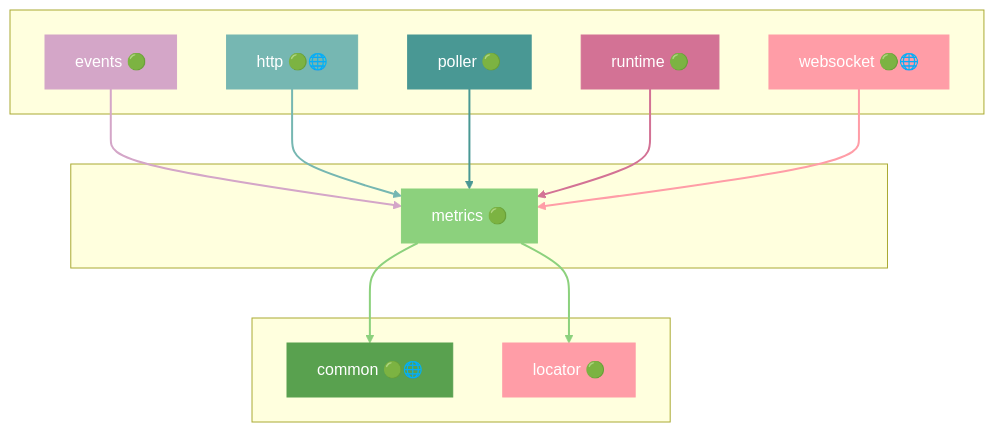
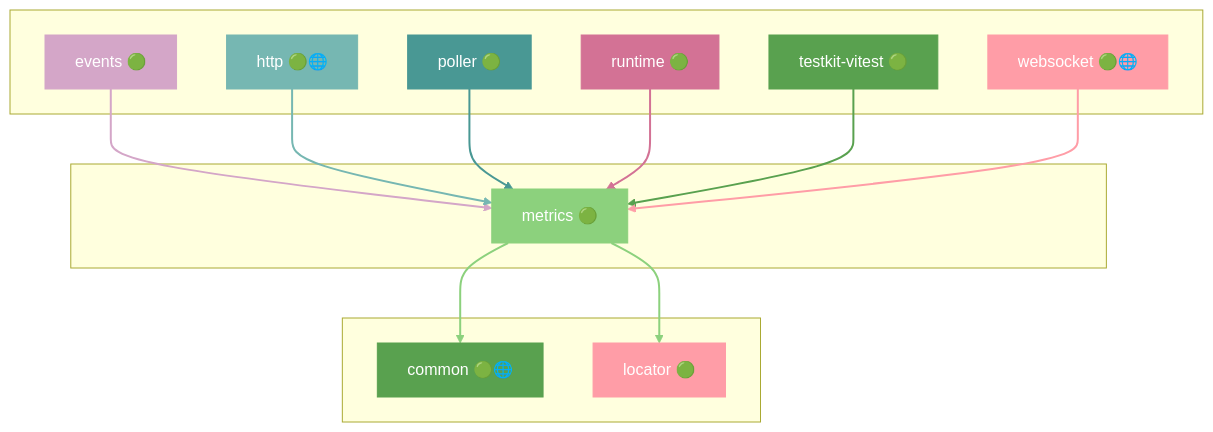
Diagram 31 of 45 in docs/DEPENDENCIES.md (grest-ts/grest-ts), drawn with Mermaid before and after one commit. The commit also changed other lines of this file and 22 other files, not shown here.

````diff
--- a/docs/DEPENDENCIES.md
+++ b/docs/DEPENDENCIES.md
@@ -1515,39 +1565,43 @@
 ```mermaid
 flowchart TB
     subgraph Dependents[" "]
         events["events 🟢"]
         http["http 🟢🌐"]
         poller["poller 🟢"]
         runtime["runtime 🟢"]
+        testkit-vitest["testkit-vitest 🟢"]
         websocket["websocket 🟢🌐"]
     end
     subgraph Package[" "]
         metrics["metrics 🟢"]
     end
     subgraph Dependencies[" "]
         common["common 🟢🌐"]
         locator["locator 🟢"]
     end
     events --> metrics
     http --> metrics
     poller --> metrics
     runtime --> metrics
+    testkit-vitest --> metrics
     websocket --> metrics
     metrics --> common
     metrics --> locator
     style metrics fill:#8CD17D,stroke:#8CD17D,color:#fff
     style events fill:#D4A6C8,stroke:#D4A6C8,color:#fff
     style http fill:#76B7B2,stroke:#76B7B2,color:#fff
     style poller fill:#499894,stroke:#499894,color:#fff
     style runtime fill:#D37295,stroke:#D37295,color:#fff
+    style testkit-vitest fill:#59A14F,stroke:#59A14F,color:#fff
     style websocket fill:#FF9DA7,stroke:#FF9DA7,color:#fff
     style common fill:#59A14F,stroke:#59A14F,color:#fff
     style locator fill:#FF9DA7,stroke:#FF9DA7,color:#fff
     linkStyle 0 stroke:#D4A6C8,stroke-width:2px
     linkStyle 1 stroke:#76B7B2,stroke-width:2px
     linkStyle 2 stroke:#499894,stroke-width:2px
     linkStyle 3 stroke:#D37295,stroke-width:2px
-    linkStyle 4 stroke:#FF9DA7,stroke-width:2px
-    linkStyle 5 stroke:#8CD17D,stroke-width:2px
+    linkStyle 4 stroke:#59A14F,stroke-width:2px
+    linkStyle 5 stroke:#FF9DA7,stroke-width:2px
     linkStyle 6 stroke:#8CD17D,stroke-width:2px
+    linkStyle 7 stroke:#8CD17D,stroke-width:2px
 ```
````
